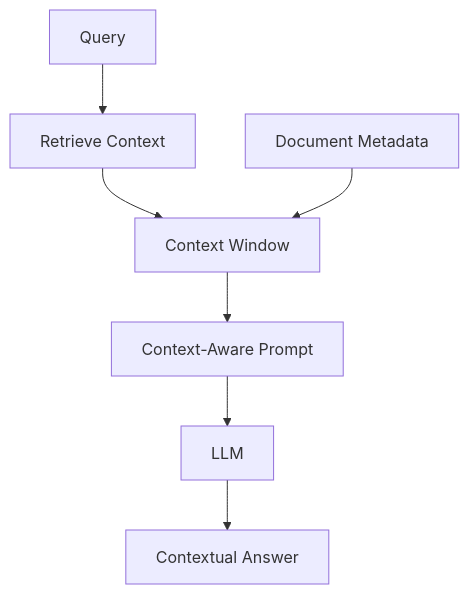
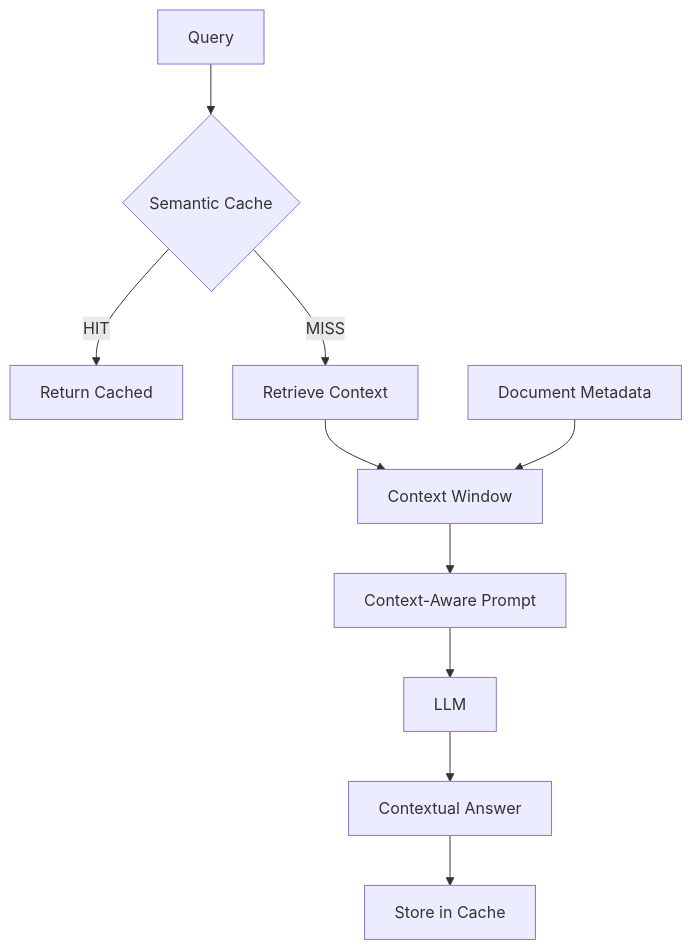
Before and after one commit to luiscanaveral/rag-architectures: the sixth of 11 diagrams in DIAGRAMS.md, drawn with Mermaid. The commit also changed other lines of this file and 1 other file, not shown here.

````diff
--- a/DIAGRAMS.md
+++ b/DIAGRAMS.md
@@ -70,9 +85,12 @@
 ```mermaid
 graph TD
-    A[Query] --> B[Retrieve Context]
-    B --> C[Context Window]
-    D[Document Metadata] --> C
-    C --> E[Context-Aware Prompt]
-    E --> F[LLM]
-    F --> G[Contextual Answer]
+    A[Query] --> B{Semantic Cache}
+    B -->|HIT| C[Return Cached]
+    B -->|MISS| D[Retrieve Context]
+    D --> E[Context Window]
+    F[Document Metadata] --> E
+    E --> G[Context-Aware Prompt]
+    G --> H[LLM]
+    H --> I[Contextual Answer]
+    I --> J[Store in Cache]
 ```
````
